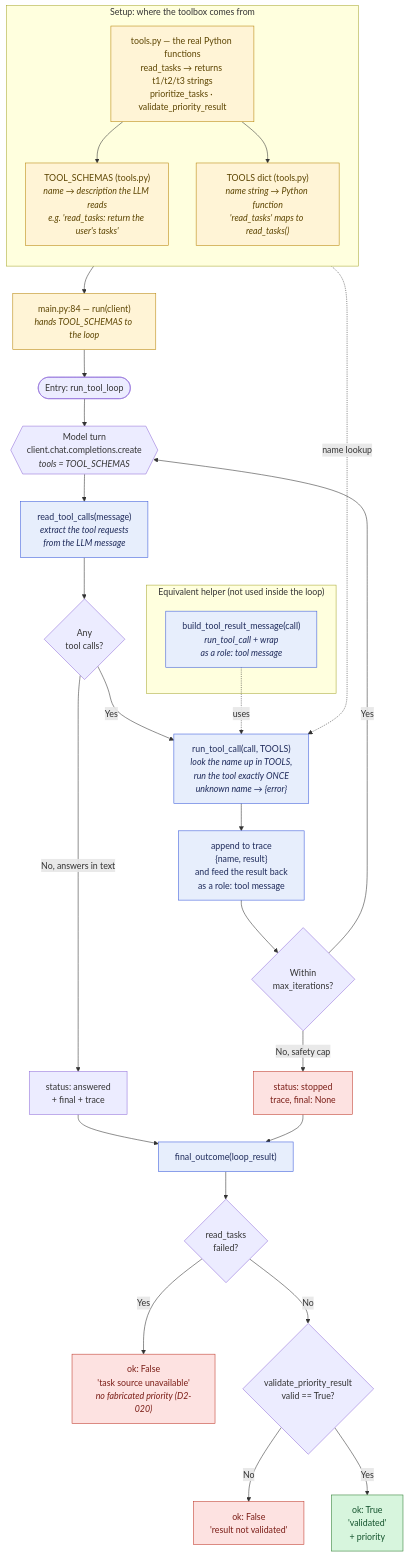
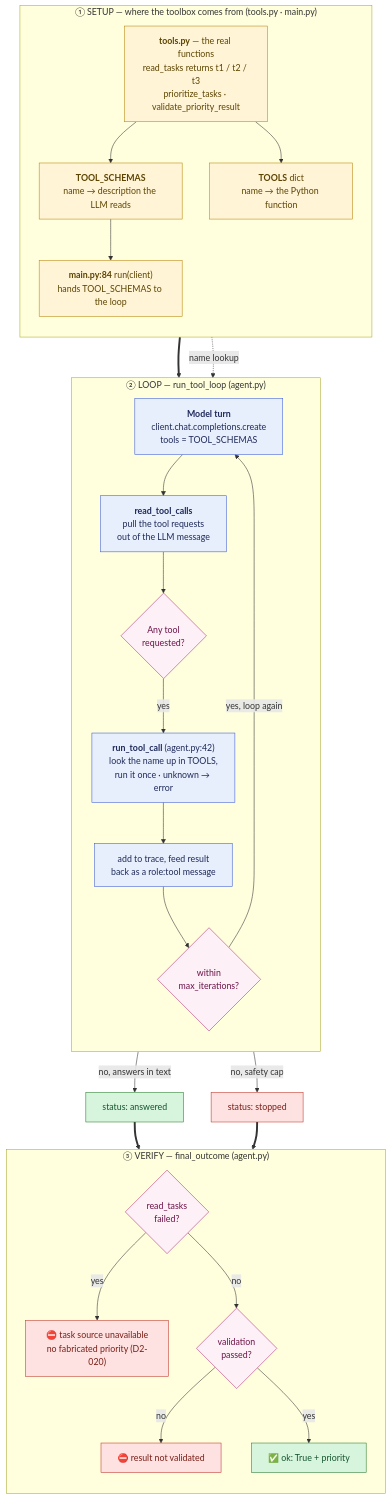
Before and after one commit to bellomojuly-sys/dani-2.0-: the diagram in docs/AGENT-FUNCTION-DIAGRAM.md, drawn with Mermaid. The commit also changed other lines of this file, not shown here.

Commit message:
docs: redesign agent diagram into three readable phases
Reorganise the flow into Setup / Loop / Verify subgraphs with consistent
colours and shorter labels, so the mechanism can be explained phase by
phase without losing the function names, file:line refs or D2-020 rule.

Claude-Session: https://claude.ai/code/session_016BEgZTAUVQwaEJpzGzfhBy

````diff
--- a/docs/AGENT-FUNCTION-DIAGRAM.md
+++ b/docs/AGENT-FUNCTION-DIAGRAM.md
@@ -6,51 +7,62 @@
 ```mermaid
 flowchart TD
-    subgraph SETUP["Setup: where the toolbox comes from"]
+
+    subgraph P1["① SETUP — where the toolbox comes from (tools.py · main.py)"]
         direction TB
-        DEFS["tools.py — the real Python functions<br/>read_tasks → returns t1/t2/t3 strings<br/>prioritize_tasks · validate_priority_result"]
-        SCHEMAS["TOOL_SCHEMAS (tools.py)<br/><i>name → description the LLM reads<br/>e.g. 'read_tasks: return the user's tasks'</i>"]
-        TOOLSMAP["TOOLS dict (tools.py)<br/><i>name string → Python function<br/>'read_tasks' maps to read_tasks()</i>"]
+        DEFS["<b>tools.py</b> — the real functions<br/>read_tasks returns t1 / t2 / t3<br/>prioritize_tasks · validate_priority_result"]
+        SCHEMAS["<b>TOOL_SCHEMAS</b><br/>name → description the LLM reads"]
+        TOOLSMAP["<b>TOOLS</b> dict<br/>name → the Python function"]
+        MAIN["<b>main.py:84</b> run(client)<br/>hands TOOL_SCHEMAS to the loop"]
         DEFS --> SCHEMAS
         DEFS --> TOOLSMAP
+        SCHEMAS --> MAIN
     end
 
-    SCHEMAS --> MAIN["main.py:84 — run(client)<br/><i>hands TOOL_SCHEMAS to the loop</i>"]
-    MAIN --> START([Entry: run_tool_loop])
-    START --> TURN{{"Model turn<br/>client.chat.completions.create<br/><i>tools = TOOL_SCHEMAS</i>"}}
+    subgraph P2["② LOOP — run_tool_loop (agent.py)"]
+        direction TB
+        TURN["<b>Model turn</b><br/>client.chat.completions.create<br/>tools = TOOL_SCHEMAS"]
+        READ["<b>read_tool_calls</b><br/>pull the tool requests<br/>out of the LLM message"]
+        HASCALLS{"Any tool<br/>requested?"}
+        RUN["<b>run_tool_call</b> (agent.py:42)<br/>look the name up in TOOLS,<br/>run it once · unknown → error"]
+        FEED["add to trace, feed result<br/>back as a role:tool message"]
+        CAP{"within<br/>max_iterations?"}
 
-    TURN --> READ["read_tool_calls(message)<br/><i>extract the tool requests<br/>from the LLM message</i>"]
+        TURN --> READ --> HASCALLS
+        HASCALLS -- "yes" --> RUN --> FEED --> CAP
+        CAP -- "yes, loop again" --> TURN
+    end
 
-    READ --> HASCALLS{Any<br/>tool calls?}
+    subgraph P3["③ VERIFY — final_outcome (agent.py)"]
+        direction TB
+        SRC{"read_tasks<br/>failed?"}
+        VAL{"validation<br/>passed?"}
+        OK["✅ ok: True + priority"]
+        FAILSRC["⛔ task source unavailable<br/>no fabricated priority (D2-020)"]
+        FAILVAL["⛔ result not validated"]
 
-    HASCALLS -->|No, answers in text| ANSWERED["status: answered<br/>+ final + trace"]
-    HASCALLS -->|Yes| RUN["run_tool_call(call, TOOLS)<br/><i>look the name up in TOOLS,<br/>run the tool exactly ONCE<br/>unknown name → {error}</i>"]
-    TOOLSMAP -.name lookup.-> RUN
+        SRC -- "yes" --> FAILSRC
+        SRC -- "no" --> VAL
+        VAL -- "no" --> FAILVAL
+        VAL -- "yes" --> OK
+    end
 
-    RUN --> APPEND["append to trace<br/>{name, result}<br/>and feed the result back<br/>as a role: tool message"]
-    APPEND --> CAP{Within<br/>max_iterations?}
-    CAP -->|Yes| TURN
-    CAP -->|No, safety cap| STOPPED["status: stopped<br/>trace, final: None"]
+    MAIN ==> TURN
+    HASCALLS -- "no, answers in text" --> ANSWERED["status: answered"]
+    CAP -- "no, safety cap" --> STOPPED["status: stopped"]
+    ANSWERED ==> SRC
+    STOPPED ==> SRC
 
-    ANSWERED --> OUTCOME["final_outcome(loop_result)"]
-    STOPPED --> OUTCOME
+    TOOLSMAP -. "name lookup" .-> RUN
 
-    OUTCOME --> SRC{read_tasks<br/>failed?}
-    SRC -->|Yes| FAILSRC["ok: False<br/>'task source unavailable'<br/><i>no fabricated priority (D2-020)</i>"]
-    SRC -->|No| VAL{validate_priority_result<br/>valid == True?}
-    VAL -->|No| FAILVAL["ok: False<br/>'result not validated'"]
-    VAL -->|Yes| OK["ok: True<br/>'validated'<br/>+ priority"]
+    classDef setup fill:#fff4d6,stroke:#b8860b,color:#5c4400;
+    classDef loop  fill:#e7eefc,stroke:#3b5bdb,color:#1e2a5a;
+    classDef gate  fill:#fdf0f6,stroke:#b5307a,color:#6b1247;
+    classDef ok    fill:#d7f5dd,stroke:#2e7d32,color:#14532d;
+    classDef fail  fill:#fde2e1,stroke:#c0392b,color:#7a1d16;
 
-    subgraph HELPER["Equivalent helper (not used inside the loop)"]
-        BUILD["build_tool_result_message(call)<br/><i>run_tool_call + wrap<br/>as a role: tool message</i>"]
-    end
-    BUILD -.uses.-> RUN
-
-    classDef ok fill:#d7f5dd,stroke:#2e7d32,color:#14532d;
-    classDef fail fill:#fde2e1,stroke:#c0392b,color:#7a1d16;
-    classDef proc fill:#e7eefc,stroke:#3b5bdb,color:#1e2a5a;
-    classDef setup fill:#fff4d6,stroke:#b8860b,color:#5c4400;
-    class OK ok;
+    class DEFS,SCHEMAS,TOOLSMAP,MAIN setup;
+    class TURN,READ,RUN,FEED loop;
+    class HASCALLS,CAP,SRC,VAL gate;
+    class OK,ANSWERED ok;
     class FAILSRC,FAILVAL,STOPPED fail;
-    class READ,RUN,APPEND,BUILD,OUTCOME proc;
-    class DEFS,SCHEMAS,TOOLSMAP,MAIN setup;
 ```
````
